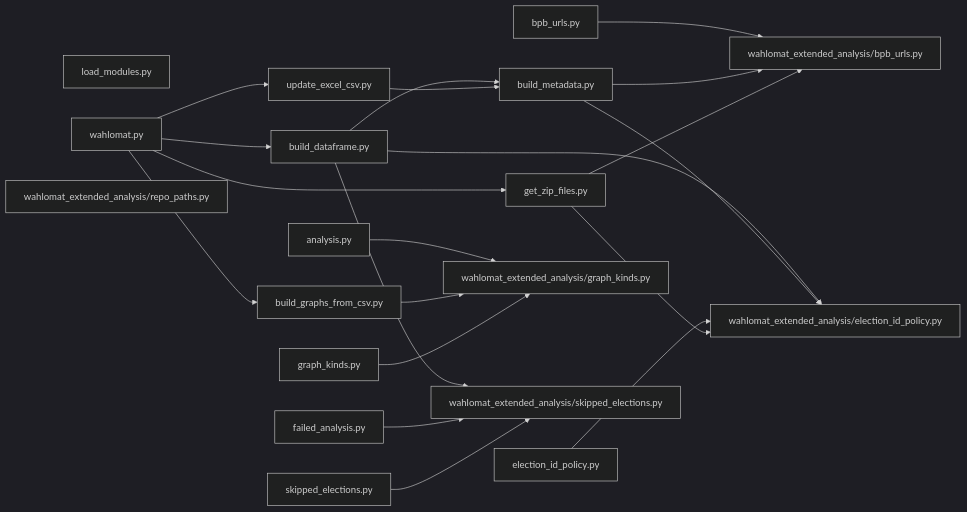
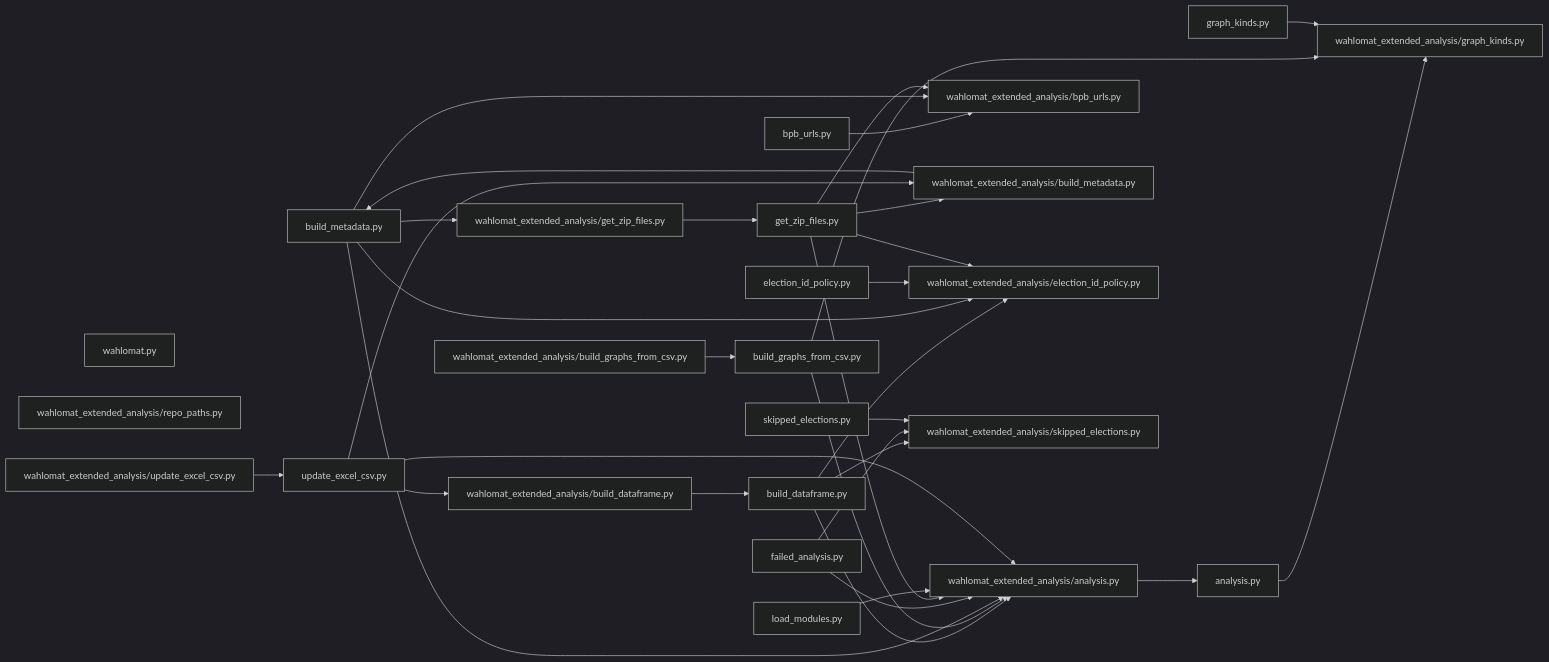
One commit to skbormann/wahlomat-extended-analysis changed the second of 2 diagrams in docs/ARCHITECTURE.md. Above: the diagram before and after it, drawn with Mermaid (dark theme). The commit also changed 4 other files, not shown here.

````diff
--- a/docs/ARCHITECTURE.md
+++ b/docs/ARCHITECTURE.md
@@ -57,40 +57,57 @@
 ```mermaid
 flowchart LR
   m_analysis["analysis.py"]
   m_bpb_urls["bpb_urls.py"]
   m_build_dataframe["build_dataframe.py"]
   m_build_graphs_from_csv["build_graphs_from_csv.py"]
   m_build_metadata["build_metadata.py"]
   m_election_id_policy["election_id_policy.py"]
   m_failed_analysis["failed_analysis.py"]
   m_get_zip_files["get_zip_files.py"]
   m_graph_kinds["graph_kinds.py"]
   m_load_modules["load_modules.py"]
   m_skipped_elections["skipped_elections.py"]
   m_update_excel_csv["update_excel_csv.py"]
   m_wahlomat["wahlomat.py"]
+  m_wahlomat_extended_analysis_analysis["wahlomat_extended_analysis/analysis.py"]
   m_wahlomat_extended_analysis_bpb_urls["wahlomat_extended_analysis/bpb_urls.py"]
+  m_wahlomat_extended_analysis_build_dataframe["wahlomat_extended_analysis/build_dataframe.py"]
+  m_wahlomat_extended_analysis_build_graphs_from_csv["wahlomat_extended_analysis/build_graphs_from_csv.py"]
+  m_wahlomat_extended_analysis_build_metadata["wahlomat_extended_analysis/build_metadata.py"]
   m_wahlomat_extended_analysis_election_id_policy["wahlomat_extended_analysis/election_id_policy.py"]
+  m_wahlomat_extended_analysis_get_zip_files["wahlomat_extended_analysis/get_zip_files.py"]
   m_wahlomat_extended_analysis_graph_kinds["wahlomat_extended_analysis/graph_kinds.py"]
   m_wahlomat_extended_analysis_repo_paths["wahlomat_extended_analysis/repo_paths.py"]
   m_wahlomat_extended_analysis_skipped_elections["wahlomat_extended_analysis/skipped_elections.py"]
+  m_wahlomat_extended_analysis_update_excel_csv["wahlomat_extended_analysis/update_excel_csv.py"]
   m_analysis --> m_wahlomat_extended_analysis_graph_kinds
   m_bpb_urls --> m_wahlomat_extended_analysis_bpb_urls
-  m_build_dataframe --> m_build_metadata
+  m_build_dataframe --> m_wahlomat_extended_analysis_analysis
   m_build_dataframe --> m_wahlomat_extended_analysis_election_id_policy
   m_build_dataframe --> m_wahlomat_extended_analysis_skipped_elections
+  m_build_graphs_from_csv --> m_wahlomat_extended_analysis_analysis
   m_build_graphs_from_csv --> m_wahlomat_extended_analysis_graph_kinds
+  m_build_metadata --> m_wahlomat_extended_analysis_analysis
   m_build_metadata --> m_wahlomat_extended_analysis_bpb_urls
   m_build_metadata --> m_wahlomat_extended_analysis_election_id_policy
+  m_build_metadata --> m_wahlomat_extended_analysis_get_zip_files
   m_election_id_policy --> m_wahlomat_extended_analysis_election_id_policy
+  m_failed_analysis --> m_wahlomat_extended_analysis_analysis
   m_failed_analysis --> m_wahlomat_extended_analysis_skipped_elections
+  m_get_zip_files --> m_wahlomat_extended_analysis_analysis
   m_get_zip_files --> m_wahlomat_extended_analysis_bpb_urls
+  m_get_zip_files --> m_wahlomat_extended_analysis_build_metadata
   m_get_zip_files --> m_wahlomat_extended_analysis_election_id_policy
   m_graph_kinds --> m_wahlomat_extended_analysis_graph_kinds
+  m_load_modules --> m_wahlomat_extended_analysis_analysis
   m_skipped_elections --> m_wahlomat_extended_analysis_skipped_elections
-  m_update_excel_csv --> m_build_metadata
-  m_wahlomat --> m_build_dataframe
-  m_wahlomat --> m_build_graphs_from_csv
-  m_wahlomat --> m_get_zip_files
-  m_wahlomat --> m_update_excel_csv
+  m_update_excel_csv --> m_wahlomat_extended_analysis_analysis
+  m_update_excel_csv --> m_wahlomat_extended_analysis_build_dataframe
+  m_update_excel_csv --> m_wahlomat_extended_analysis_build_metadata
+  m_wahlomat_extended_analysis_analysis --> m_analysis
+  m_wahlomat_extended_analysis_build_dataframe --> m_build_dataframe
+  m_wahlomat_extended_analysis_build_graphs_from_csv --> m_build_graphs_from_csv
+  m_wahlomat_extended_analysis_build_metadata --> m_build_metadata
+  m_wahlomat_extended_analysis_get_zip_files --> m_get_zip_files
+  m_wahlomat_extended_analysis_update_excel_csv --> m_update_excel_csv
 ```
````
